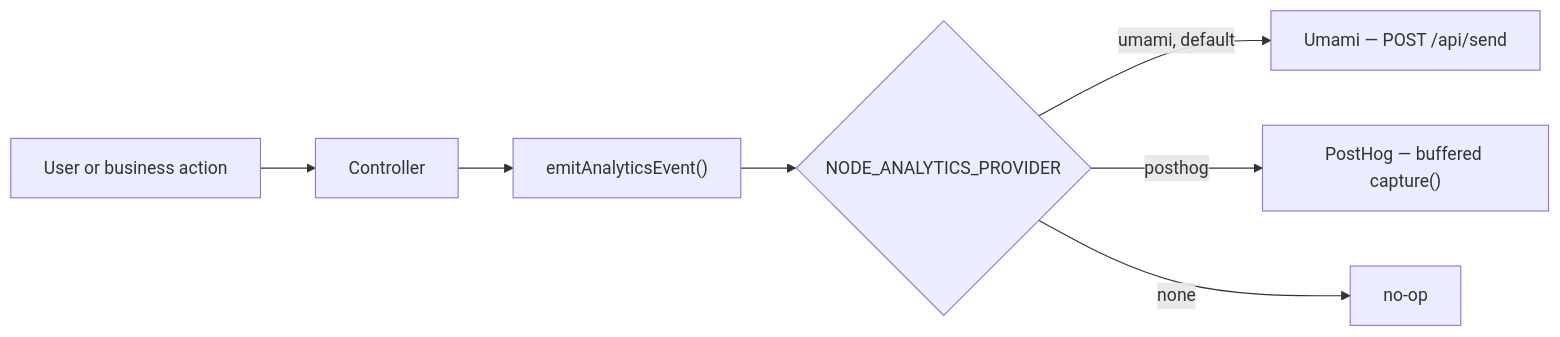
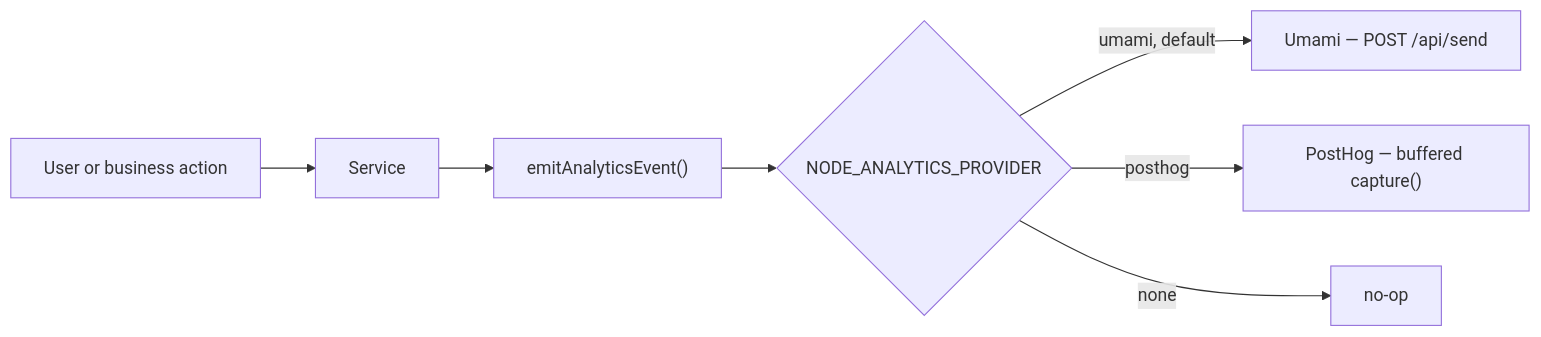
One commit to Guebbit/boilerplate-node-backend changed the diagram in docs/tools/analytics.md. Above: the diagram before and after it, drawn with Mermaid. The commit also changed other lines of this file and 99 other files, not shown here.

````diff
--- a/docs/tools/analytics.md
+++ b/docs/tools/analytics.md
@@ -14,9 +14,9 @@
 ```mermaid
 flowchart LR
-    UserAction[User or business action] --> Controller
-    Controller --> Emit["emitAnalyticsEvent()"]
+    UserAction[User or business action] --> Service
+    Service --> Emit["emitAnalyticsEvent()"]
     Emit --> Port{"NODE_ANALYTICS_PROVIDER"}
     Port -->|umami, default| Umami["Umami — POST /api/send"]
     Port -->|posthog| PostHog["PostHog — buffered capture()"]
     Port -->|none| Noop["no-op"]
 ```
````
